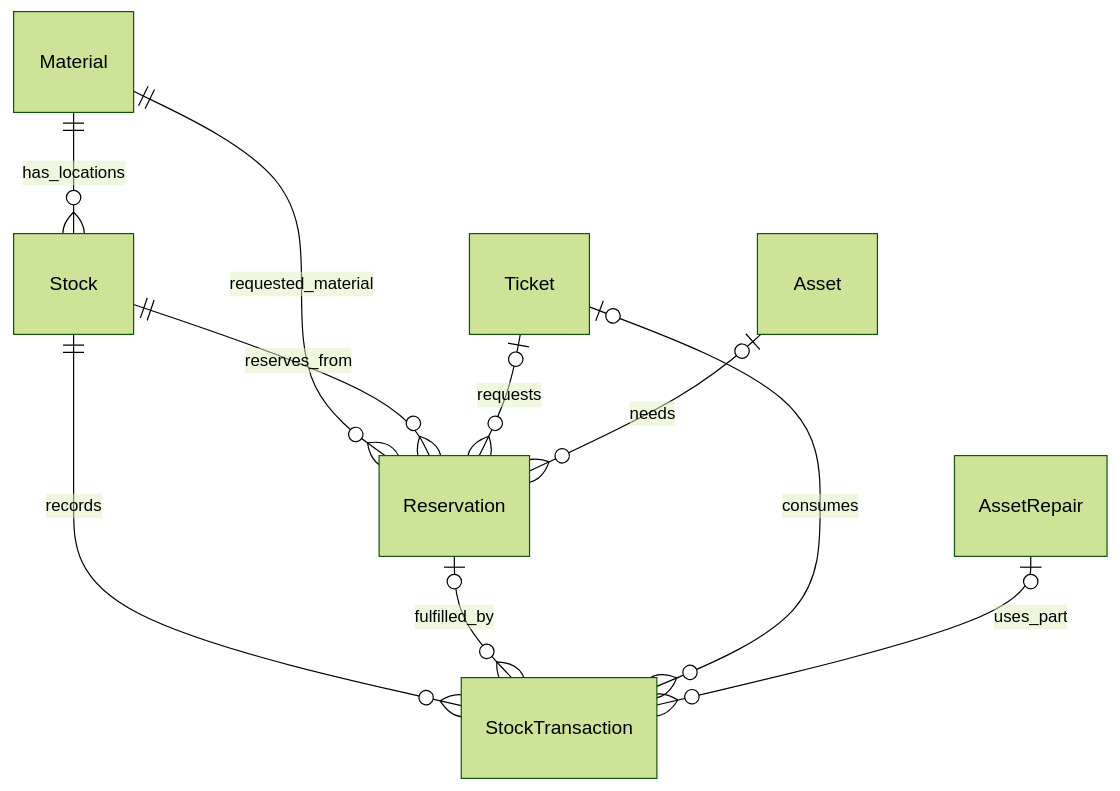
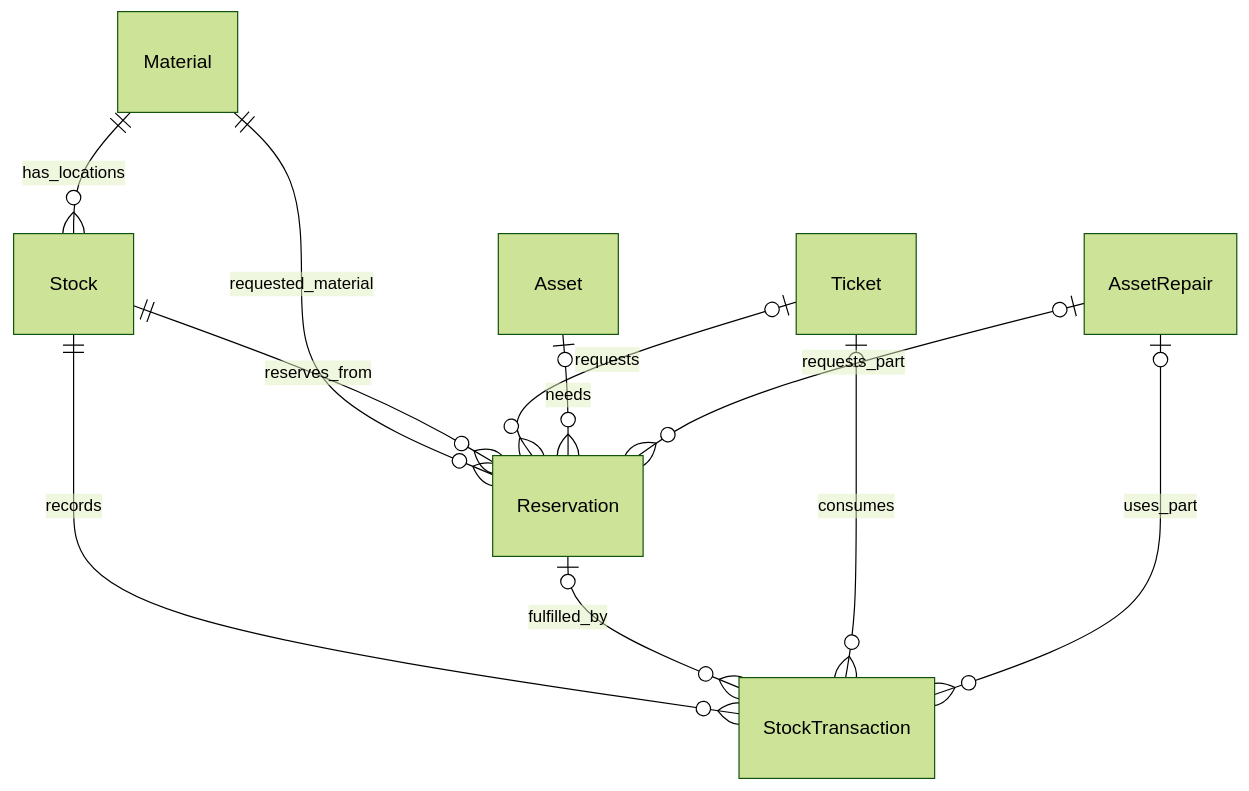
Diagram 11 of 14 in PROJECT_ARCHITECTURE_AND_WORKFLOW.md (MMuneeb17/SAP-IT-OPERATIONS), drawn with Mermaid (forest theme) before and after one commit. The commit also changed other lines of this file and 50 other files, not shown here.

````diff
--- a/PROJECT_ARCHITECTURE_AND_WORKFLOW.md
+++ b/PROJECT_ARCHITECTURE_AND_WORKFLOW.md
@@ -472,12 +493,13 @@
 ```mermaid
 erDiagram
   Material ||--o{ Stock : has_locations
   Material ||--o{ Reservation : requested_material
   Stock ||--o{ Reservation : reserves_from
   Stock ||--o{ StockTransaction : records
   Reservation o|--o{ StockTransaction : fulfilled_by
   Ticket o|--o{ Reservation : requests
   Asset o|--o{ Reservation : needs
   Ticket o|--o{ StockTransaction : consumes
   AssetRepair o|--o{ StockTransaction : uses_part
+  AssetRepair o|--o{ Reservation : requests_part
 ```
````
